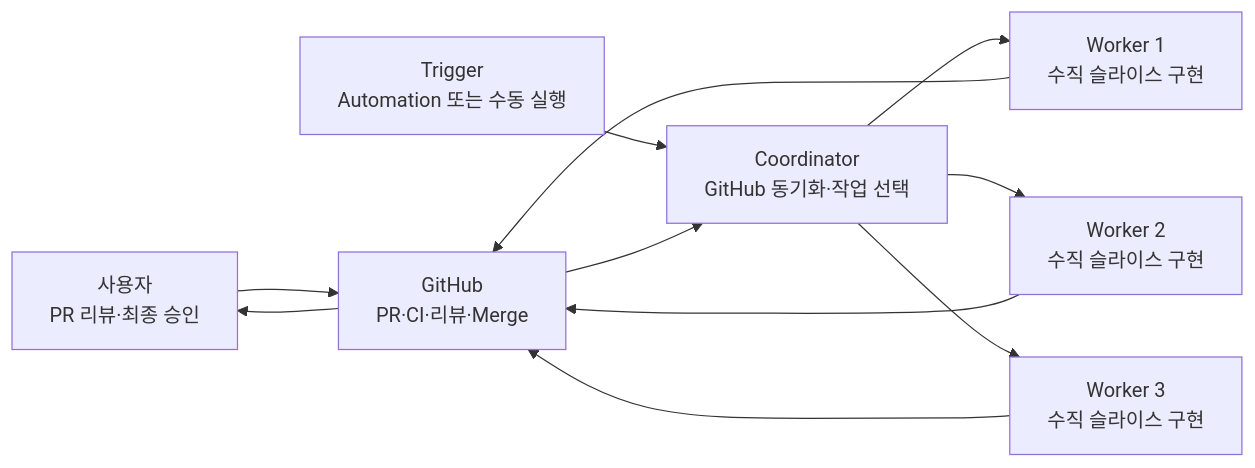
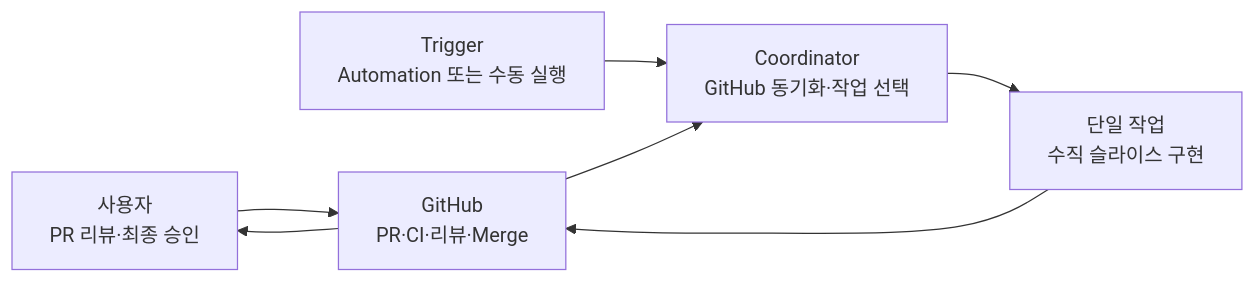
The first of 6 diagrams in docs/workflow/AGENT_WORKFLOW_GUIDE.md (OpenSeedDev/openseed-be), drawn with Mermaid before and after one commit. The commit also changed other lines of this file and 8 other files, not shown here.

````diff
--- a/docs/workflow/AGENT_WORKFLOW_GUIDE.md
+++ b/docs/workflow/AGENT_WORKFLOW_GUIDE.md
@@ -11,21 +11,15 @@
 ```mermaid
 flowchart LR
   U["사용자<br/>PR 리뷰·최종 승인"]
   T["Trigger<br/>Automation 또는 수동 실행"]
   C["Coordinator<br/>GitHub 동기화·작업 선택"]
-  W1["Worker 1<br/>수직 슬라이스 구현"]
-  W2["Worker 2<br/>수직 슬라이스 구현"]
-  W3["Worker 3<br/>수직 슬라이스 구현"]
+  W1["단일 작업<br/>수직 슬라이스 구현"]
   GH["GitHub<br/>PR·CI·리뷰·Merge"]
 
   T --> C
   C --> W1
-  C --> W2
-  C --> W3
   W1 --> GH
-  W2 --> GH
-  W3 --> GH
   GH --> C
   U --> GH
   GH --> U
 ```
````
